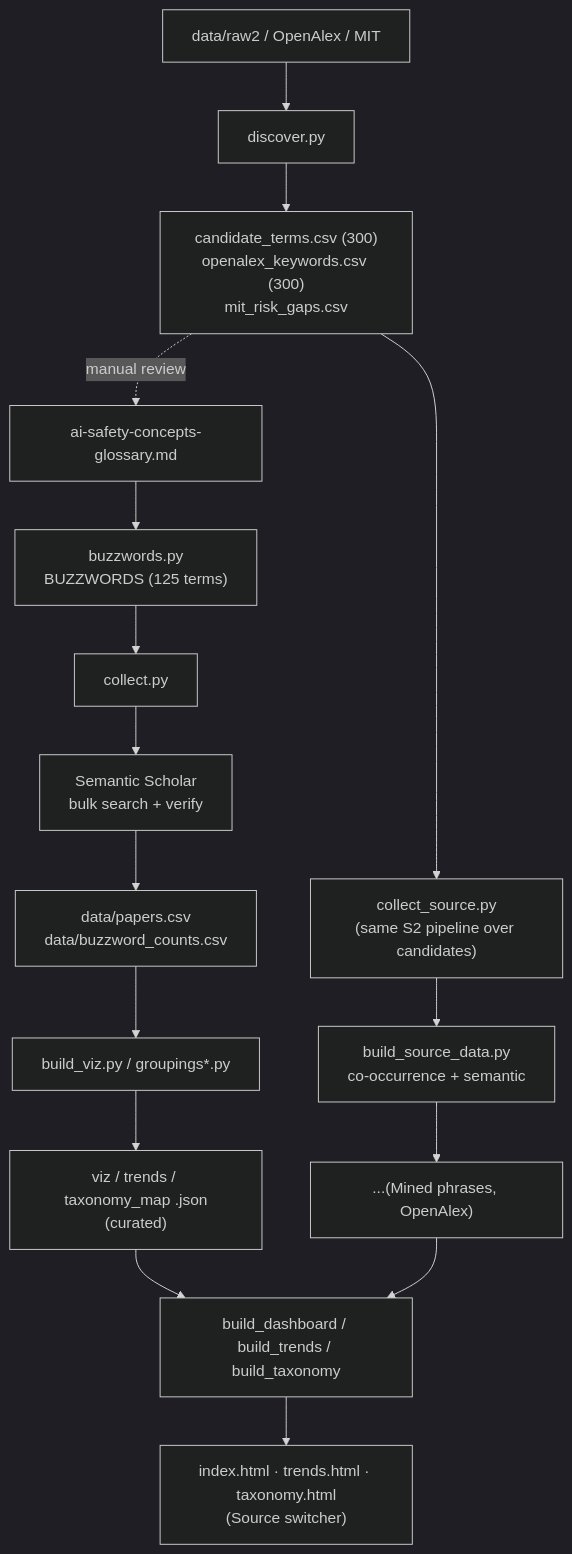
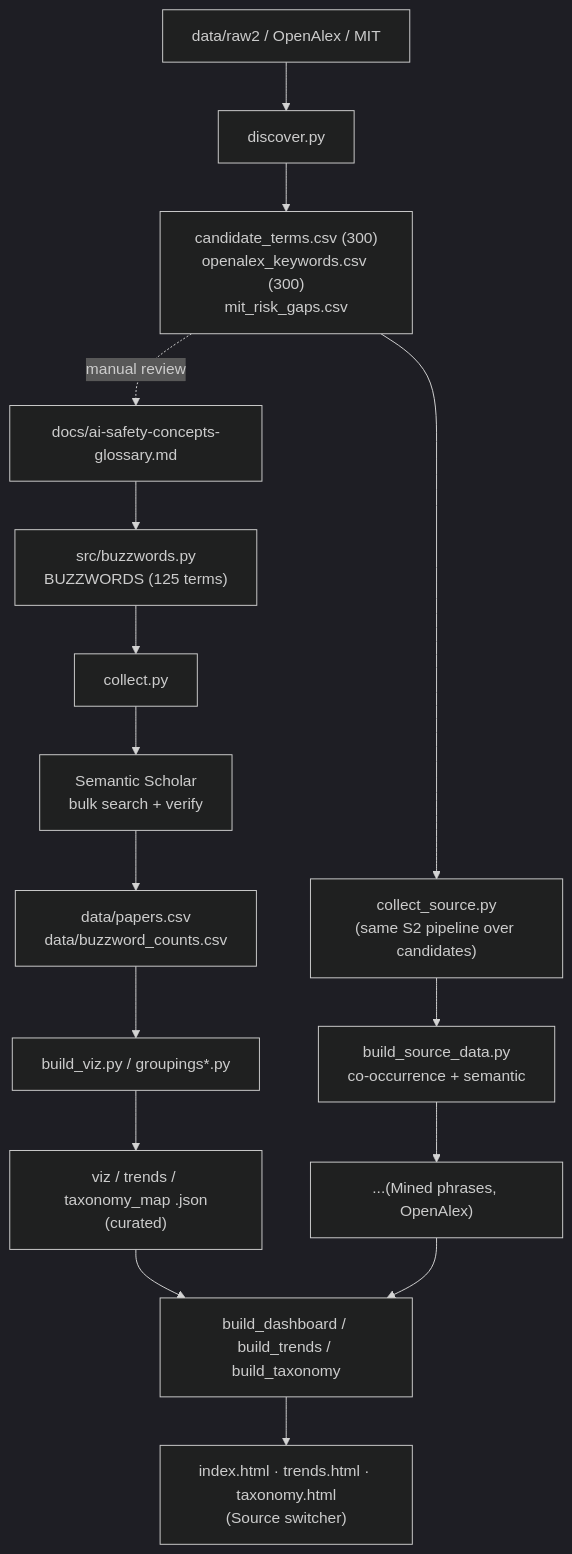
One commit to eericheva/ai-safety-buzzwords changed the diagram in README.md. Above: the diagram before and after it, drawn with Mermaid (dark theme). The commit also changed other lines of this file and 31 other files, not shown here.

````diff
--- a/README.md
+++ b/README.md
@@ -239,20 +239,20 @@
 ```mermaid
 flowchart TD
-    Glossary["ai-safety-concepts-glossary.md"] --> Buzzwords["buzzwords.py<br/>BUZZWORDS (125 terms)"]
+    Glossary["docs/ai-safety-concepts-glossary.md"] --> Buzzwords["src/buzzwords.py<br/>BUZZWORDS (125 terms)"]
     Buzzwords --> Collect["collect.py"]
     Collect --> S2["Semantic Scholar<br/>bulk search + verify"]
     S2 --> Papers["data/papers.csv<br/>data/buzzword_counts.csv"]
 
     Corpus["data/raw2 / OpenAlex / MIT"] --> Discover["discover.py"]
     Discover --> Cand["candidate_terms.csv (300)<br/>openalex_keywords.csv (300)<br/>mit_risk_gaps.csv"]
     Cand -.manual review.-> Glossary
     Cand --> CollectSrc["collect_source.py<br/>(same S2 pipeline over candidates)"]
     CollectSrc --> SrcData["build_source_data.py<br/>co-occurrence + semantic"]
 
     Papers --> Viz["build_viz.py / groupings*.py"]
     Viz --> VD["viz / trends / taxonomy_map .json<br/>(curated)"]
     SrcData --> SD["...(Mined phrases, OpenAlex)"]
     VD --> Art["build_dashboard / build_trends / build_taxonomy"]
     SD --> Art
     Art --> HTML["index.html · trends.html · taxonomy.html<br/>(Source switcher)"]
 ```
````
